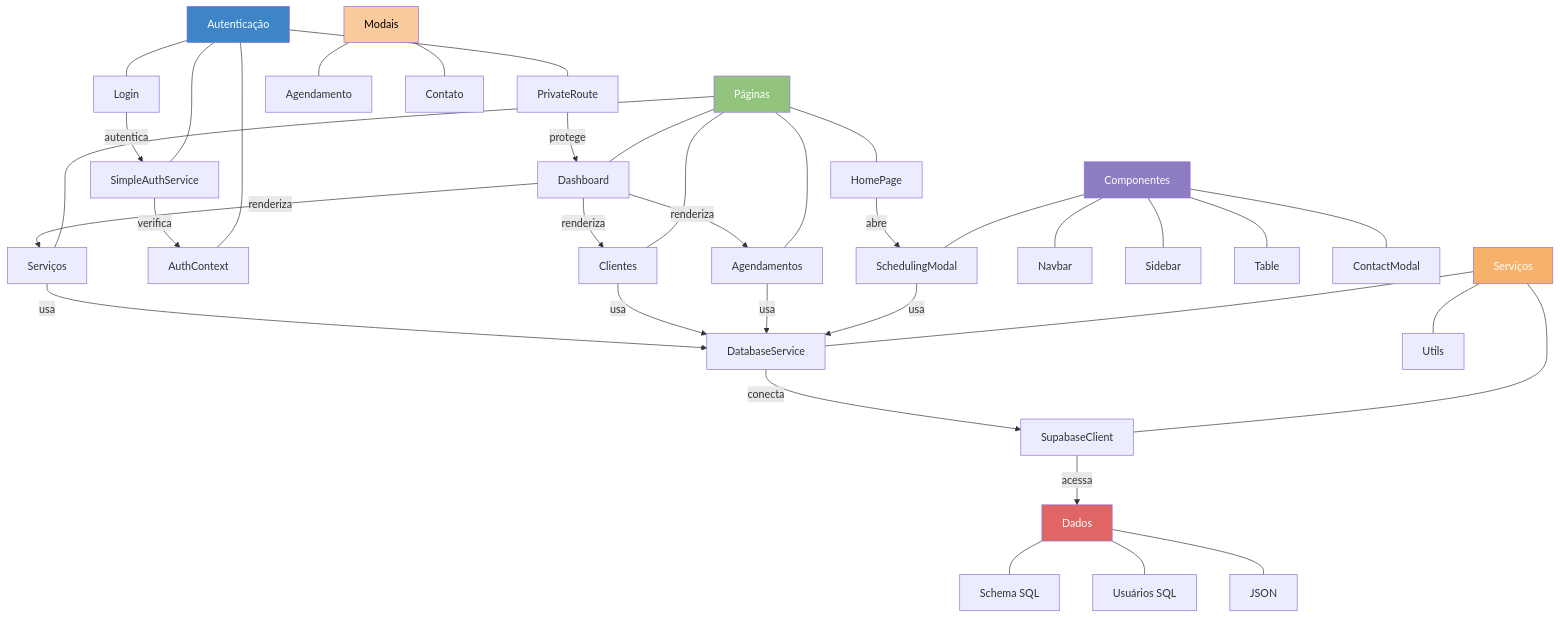
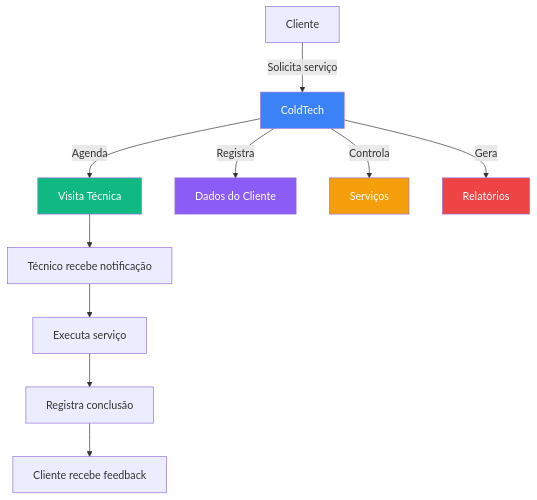
The first of 2 diagrams in README.md (cold-tech/documentacao), drawn with Mermaid before and after one commit. The commit also changed other lines of this file, not shown here.

````diff
--- a/README.md
+++ b/README.md
@@ -107,53 +12,19 @@
 ```mermaid
-flowchart TD
-    style A fill:#3d85c6, color:white
-    style P fill:#93c47d, color:white
-    style S fill:#f6b26b, color:white
-    style C fill:#8e7cc3, color:white
-    style D fill:#e06666, color:white
-    style M fill:#f9cb9c, color:black
-
-    %% Camadas da Aplicação
-    A[Autenticação] --- AL[Login]
-    A --- AP[PrivateRoute]
-    A --- AC[AuthContext]
-    A --- AS[SimpleAuthService]
-
-    P[Páginas] --- PD[Dashboard]
-    P --- PA[Agendamentos]
-    P --- PC[Clientes]
-    P --- PS[Serviços]
-    P --- PH[HomePage]
-
-    C[Componentes] --- CN[Navbar]
-    C --- CS[Sidebar]
-    C --- CT[Table]
-    C --- CM[ContactModal]
-    C --- CSM[SchedulingModal]
-
-    S[Serviços] --- SD[DatabaseService]
-    S --- SS[SupabaseClient]
-    S --- SU[Utils]
-
-    D[Dados] --- DS[Schema SQL]
-    D --- DU[Usuários SQL]
-    D --- DJ[JSON]
-
-    M[Modais] --- MA[Agendamento]
-    M --- MC[Contato]
-
-    %% Fluxo de Dados
-    AL -->|autentica| AS
-    AS -->|verifica| AC
-    AP -->|protege| PD
-    PD -->|renderiza| PA
-    PD -->|renderiza| PC
-    PD -->|renderiza| PS
-    PH -->|abre| CSM
-    CSM -->|usa| SD
-    PA -->|usa| SD
-    PC -->|usa| SD
-    PS -->|usa| SD
-    SD -->|conecta| SS
-    SS -->|acessa| D
+graph TD
+    A[Cliente] -->|Solicita serviço| B[ColdTech]
+    B -->|Agenda| C[Visita Técnica]
+    B -->|Registra| D[Dados do Cliente]
+    B -->|Controla| E[Serviços]
+    B -->|Gera| F[Relatórios]
+    
+    C --> G[Técnico recebe notificação]
+    G --> H[Executa serviço]
+    H --> I[Registra conclusão]
+    I --> J[Cliente recebe feedback]
+    
+    style B fill:#3b82f6,color:#ffffff
+    style C fill:#10b981,color:#ffffff
+    style D fill:#8b5cf6,color:#ffffff
+    style E fill:#f59e0b,color:#ffffff
+    style F fill:#ef4444,color:#ffffff
 ```
````
